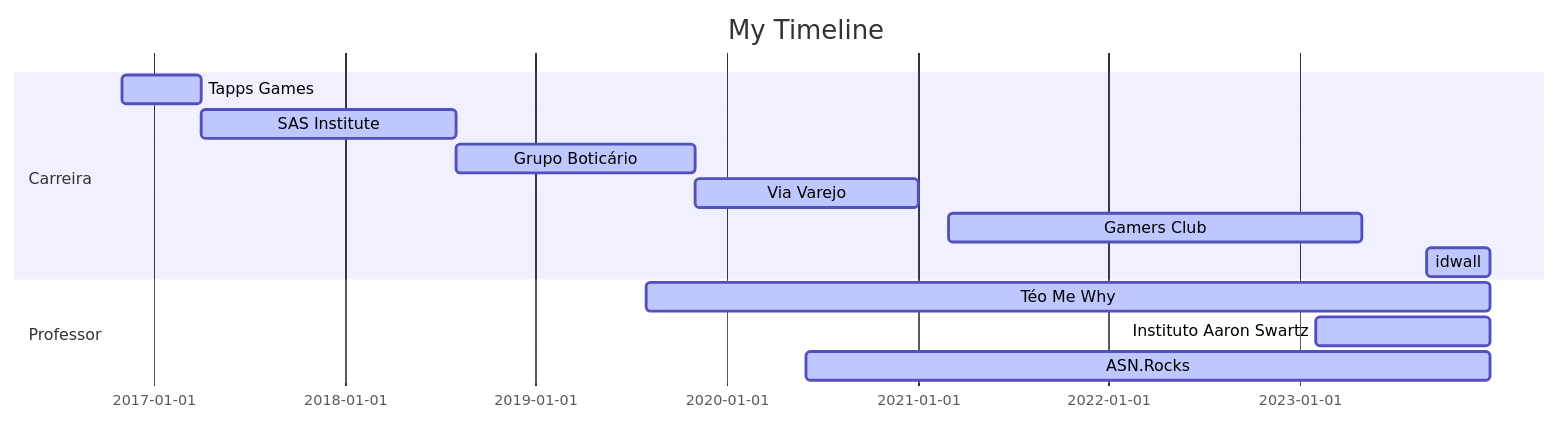
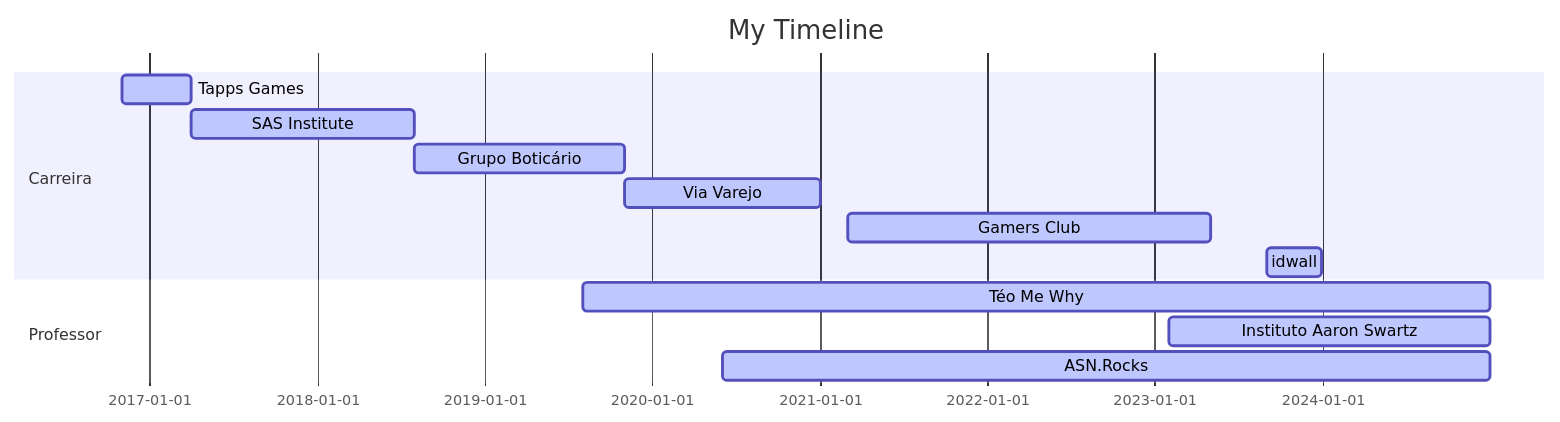
Before and after one commit to TeoCalvo/TeoCalvo: the diagram in README.md, drawn with Mermaid.

````diff
--- a/README.md
+++ b/README.md
@@ -6,19 +6,19 @@
 ```mermaid
 
 gantt
 dateFormat  YYYY-MM-DD
 title My Timeline
 
 section Carreira
 Tapps Games           :active,, 2016-11-01,2017-04-01
 SAS Institute         :active,, 2017-04-01,2018-08-01
 Grupo Boticário       :active,, 2018-08-01,2019-11-01
 Via Varejo            :active,, 2019-11-01,2021-01-01
 Gamers Club           :active,, 2021-03-01,2023-05-01
 idwall                :active,, 2023-09-01,2023-12-31
 
 section Professor
-Téo Me Why             :active,, 2019-08-01,2023-12-31
-Instituto Aaron Swartz :active,, 2023-02-01,2023-12-31
-ASN.Rocks              :active,, 2020-06-01,2023-12-31
+Téo Me Why             :active,, 2019-08-01,2024-12-31
+Instituto Aaron Swartz :active,, 2023-02-01,2024-12-31
+ASN.Rocks              :active,, 2020-06-01,2024-12-31
 ```
````
